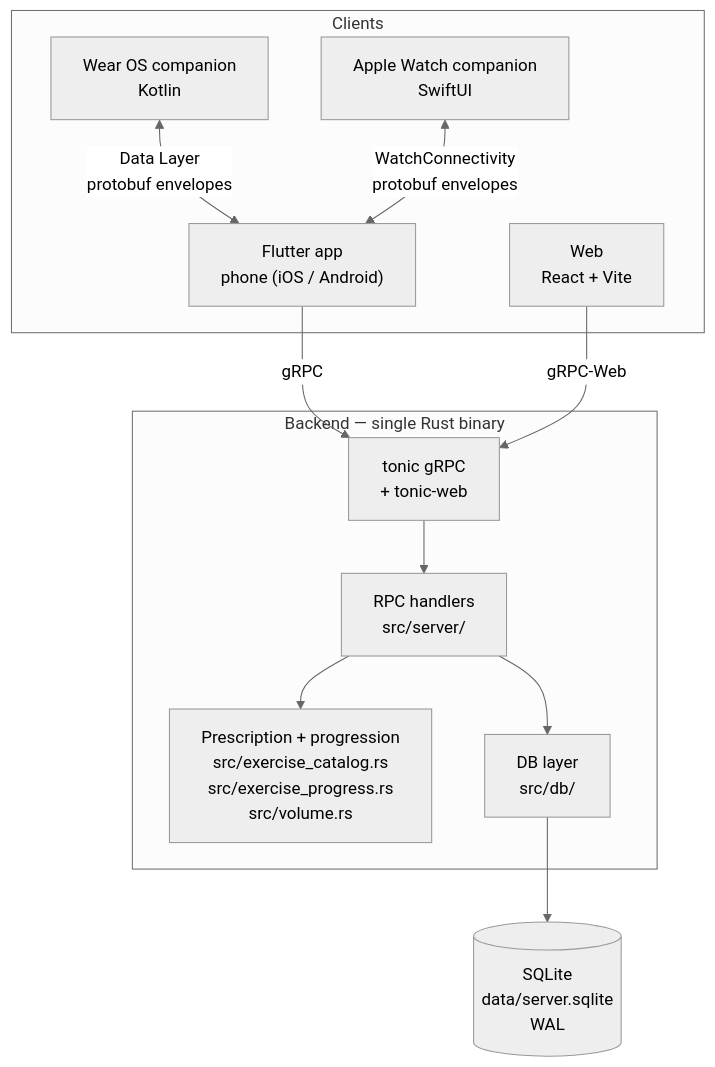
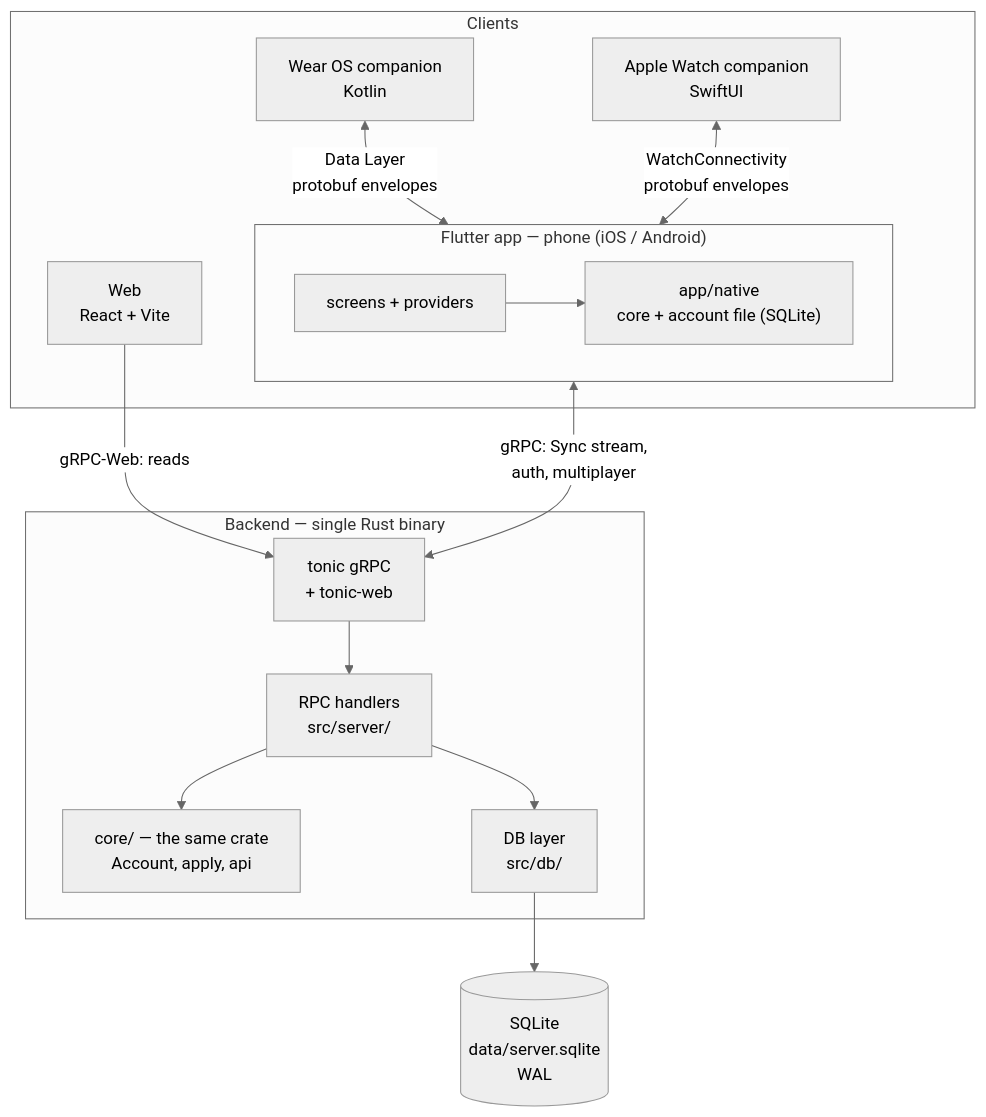
One commit to brensch/lift changed the first of 4 diagrams in docs/architecture/overview.md. Above: the diagram before and after it, drawn with Mermaid (neutral theme). The commit also changed other lines of this file and 214 other files, not shown here.

First line of the commit message:
Local-first: the Rust core on the phone (#74)

````diff
--- a/docs/architecture/overview.md
+++ b/docs/architecture/overview.md
@@ -10,27 +12,31 @@
 ```mermaid
 graph TB
     subgraph clients["Clients"]
-        phone["Flutter app<br/>phone (iOS / Android)"]
+        subgraph phone["Flutter app — phone (iOS / Android)"]
+            ui["screens + providers"]
+            native["app/native<br/>core + account file (SQLite)"]
+            ui --> native
+        end
         wear["Wear OS companion<br/>Kotlin"]
         watchos["Apple Watch companion<br/>SwiftUI"]
         webapp["Web<br/>React + Vite"]
     end
 
     subgraph server["Backend — single Rust binary"]
         grpc["tonic gRPC<br/>+ tonic-web"]
         handlers["RPC handlers<br/>src/server/"]
-        engine["Prescription + progression<br/>src/exercise_catalog.rs<br/>src/exercise_progress.rs<br/>src/volume.rs"]
+        core["core/ — the same crate<br/>Account, apply, api"]
         dbl["DB layer<br/>src/db/"]
     end
 
     sqlite[("SQLite<br/>data/server.sqlite<br/>WAL")]
 
     wear <-->|"Data Layer<br/>protobuf envelopes"| phone
     watchos <-->|"WatchConnectivity<br/>protobuf envelopes"| phone
-    phone -->|gRPC| grpc
-    webapp -->|gRPC-Web| grpc
+    phone <-->|"gRPC: Sync stream,<br/>auth, multiplayer"| grpc
+    webapp -->|"gRPC-Web: reads"| grpc
     grpc --> handlers
-    handlers --> engine
+    handlers --> core
     handlers --> dbl
     dbl --> sqlite
 ```
````
